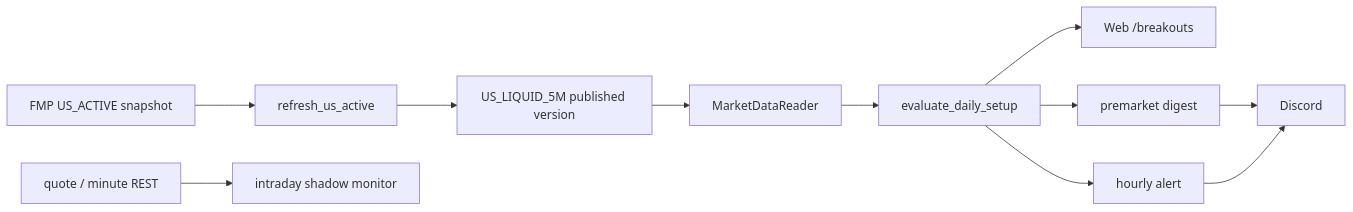
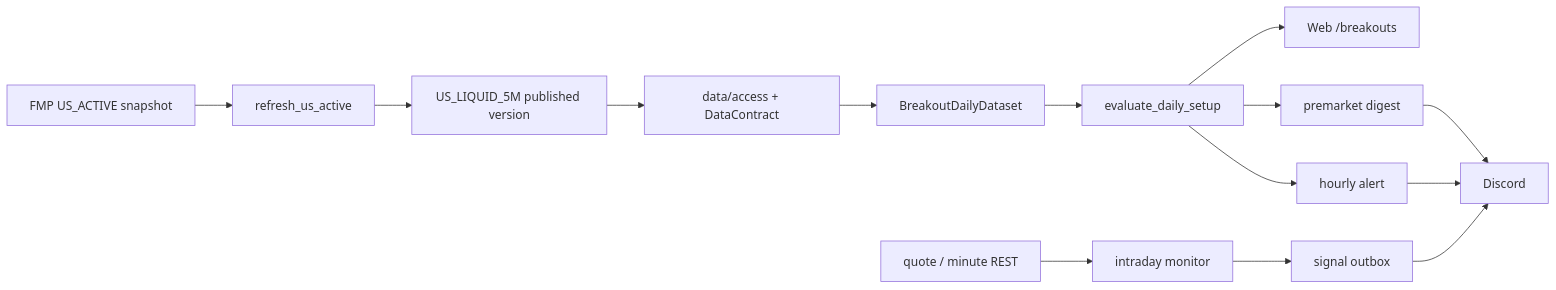
Before and after one commit to Clno1/quant-factor-framework: the diagram in docs/momentum_breakout_summary.md, drawn with Mermaid. The commit also changed other lines of this file and 152 other files, not shown here.

````diff
--- a/docs/momentum_breakout_summary.md
+++ b/docs/momentum_breakout_summary.md
@@ -18,13 +18,16 @@
 ```mermaid
 flowchart LR
     FMP["FMP US_ACTIVE snapshot"] --> REFRESH["refresh_us_active"]
     REFRESH --> VERSION["US_LIQUID_5M published version"]
-    VERSION --> READER["MarketDataReader"]
-    READER --> CORE["evaluate_daily_setup"]
+    VERSION --> ACCESS["data/access + DataContract"]
+    ACCESS --> PACKAGE["BreakoutDailyDataset"]
+    PACKAGE --> CORE["evaluate_daily_setup"]
     CORE --> WEB["Web /breakouts"]
     CORE --> PRE["premarket digest"]
     CORE --> ALERT["hourly alert"]
     PRE --> DISC["Discord"]
     ALERT --> DISC
-    QUOTE["quote / minute REST"] --> LIVE["intraday shadow monitor"]
+    QUOTE["quote / minute REST"] --> LIVE["intraday monitor"]
+    LIVE --> OUTBOX["signal outbox"]
+    OUTBOX --> DISC
 ```
````
